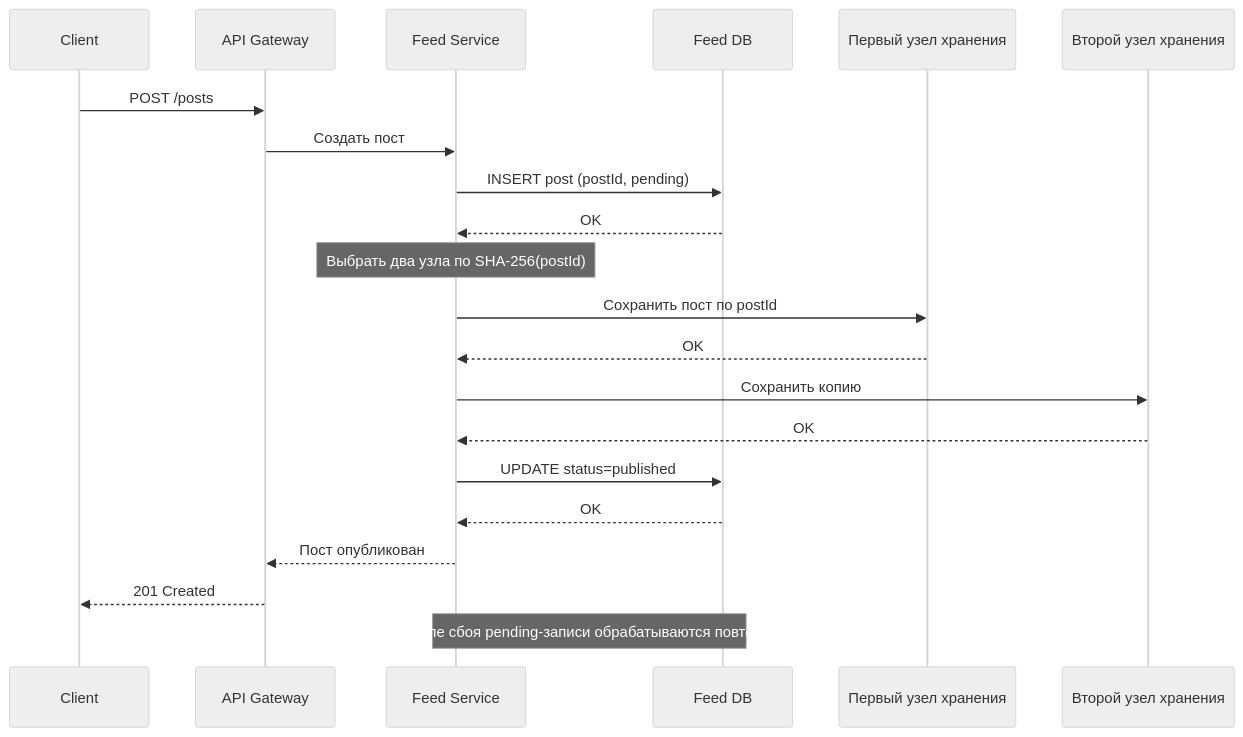
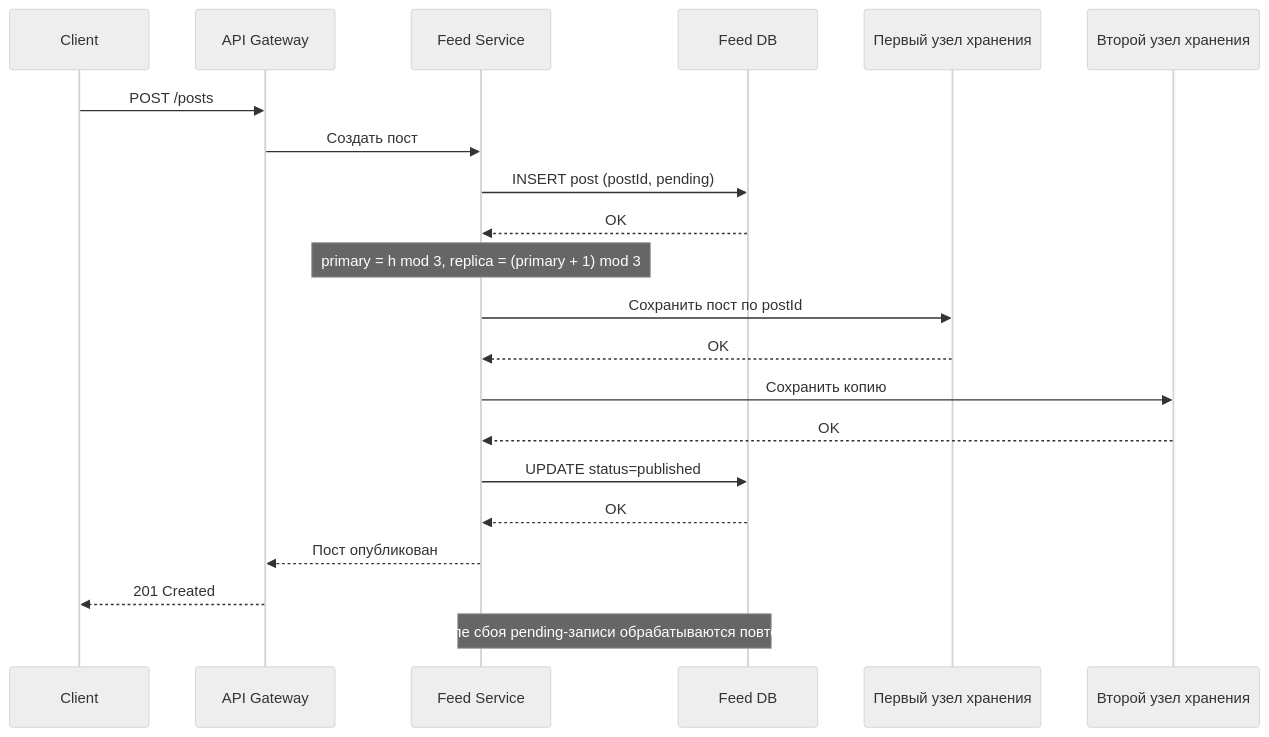
One commit to spbu-ds-practicum-2026/brigada changed the fourth of 8 diagrams in docs/tr.md. Above: the diagram before and after it, drawn with Mermaid (neutral theme). The commit also changed other lines of this file, not shown here.

````diff
--- a/docs/tr.md
+++ b/docs/tr.md
@@ -524,24 +582,24 @@
 ```mermaid
 sequenceDiagram
     participant Client
     participant Gateway as API Gateway
     participant Feed as Feed Service
     participant DB as Feed DB
     participant Node1 as Первый узел хранения
     participant Node2 as Второй узел хранения
 
     Client->>Gateway: POST /posts
     Gateway->>Feed: Создать пост
     Feed->>DB: INSERT post (postId, pending)
     DB-->>Feed: OK
-    Note over Feed: Выбрать два узла по SHA-256(postId)
+    Note over Feed: primary = h mod 3, replica = (primary + 1) mod 3
     Feed->>Node1: Сохранить пост по postId
     Node1-->>Feed: OK
     Feed->>Node2: Сохранить копию
     Node2-->>Feed: OK
     Feed->>DB: UPDATE status=published
     DB-->>Feed: OK
     Feed-->>Gateway: Пост опубликован
     Gateway-->>Client: 201 Created
     Note over Feed,DB: После сбоя pending-записи обрабатываются повторно
 ```
````
